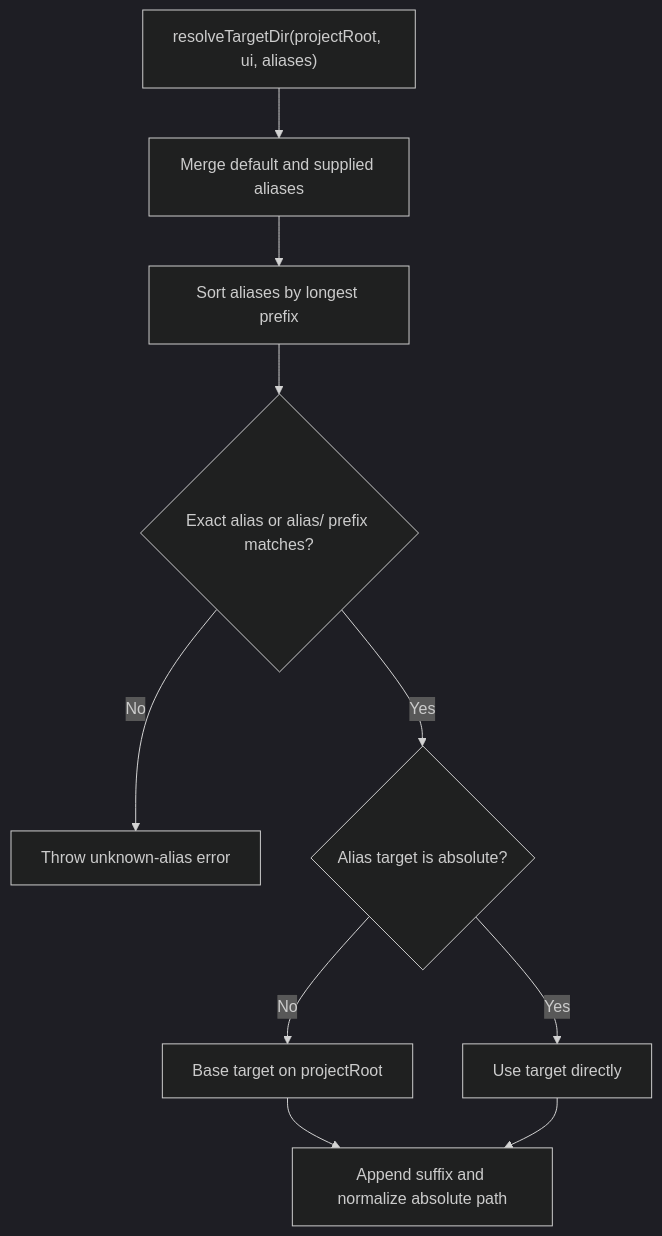
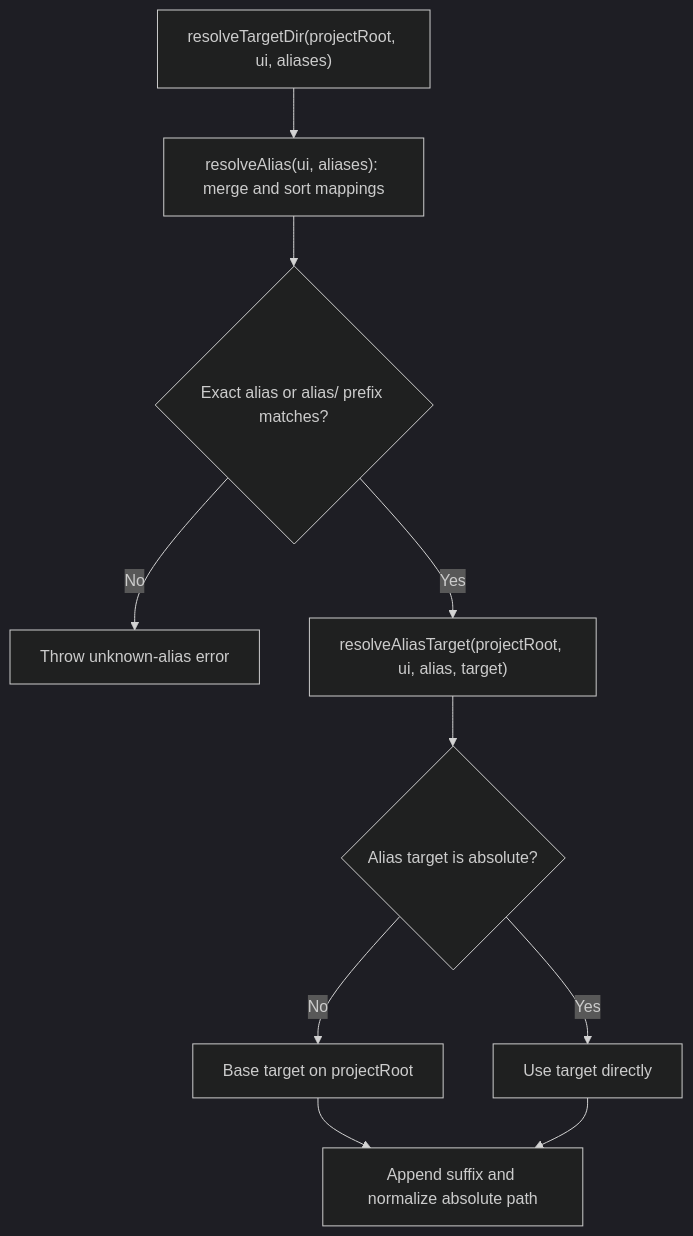
The second of 2 diagrams in cli/config/README.md (feuersteiner/bref-ui), drawn with Mermaid (dark theme) before and after one commit. The commit also changed other lines of this file and 5 other files, not shown here.

````diff
--- a/cli/config/README.md
+++ b/cli/config/README.md
@@ -30,12 +31,12 @@
 ```mermaid
 flowchart TD
-    resolve["resolveTargetDir(projectRoot, ui, aliases)"] --> merge["Merge default and supplied aliases"]
-    merge --> sort["Sort aliases by longest prefix"]
-    sort --> match{"Exact alias or alias/ prefix matches?"}
-    match -->|No| error["Throw unknown-alias error"]
-    match -->|Yes| target{"Alias target is absolute?"}
-    target -->|No| relative["Base target on projectRoot"]
-    target -->|Yes| absolute["Use target directly"]
+    resolve["resolveTargetDir(projectRoot, ui, aliases)"] --> match["resolveAlias(ui, aliases): merge and sort mappings"]
+    match --> found{"Exact alias or alias/ prefix matches?"}
+    found -->|No| error["Throw unknown-alias error"]
+    found -->|Yes| target["resolveAliasTarget(projectRoot, ui, alias, target)"]
+    target --> absoluteCheck{"Alias target is absolute?"}
+    absoluteCheck -->|No| relative["Base target on projectRoot"]
+    absoluteCheck -->|Yes| absolute["Use target directly"]
     relative --> result["Append suffix and normalize absolute path"]
     absolute --> result
 ```
````
